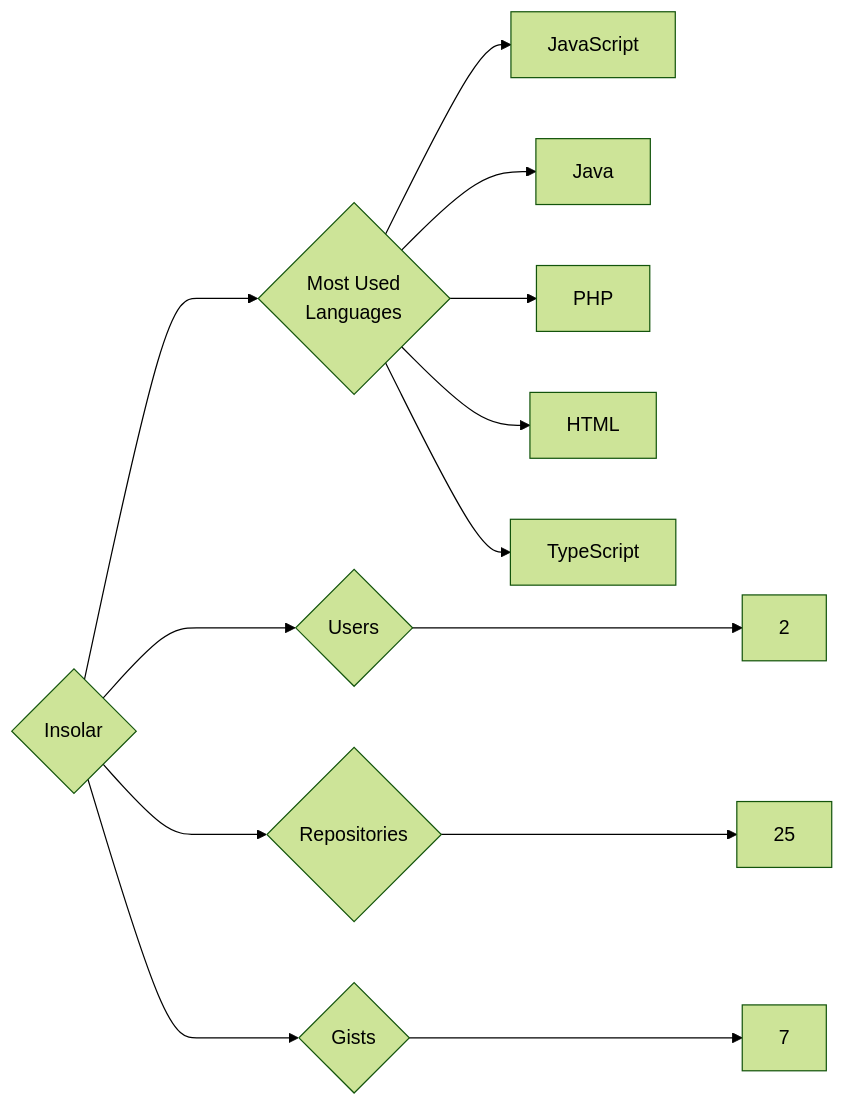
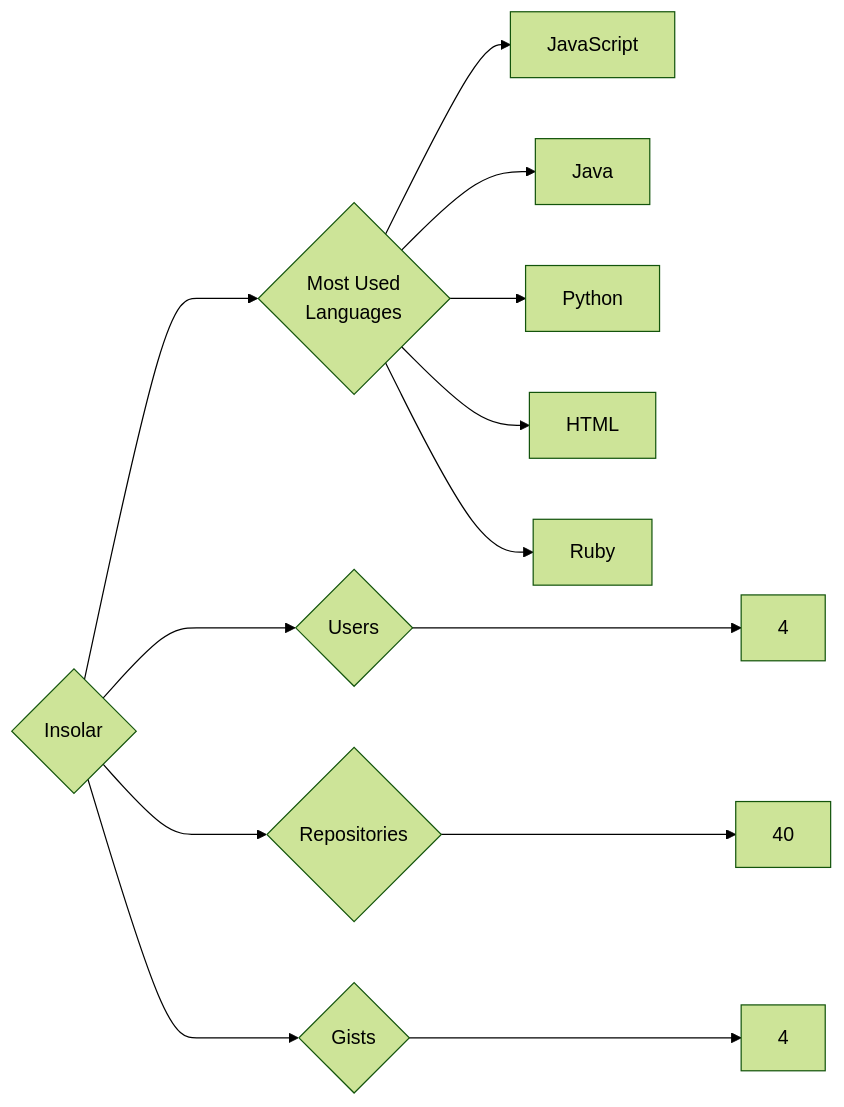
One commit to trickest/insiders changed the diagram in targets/Insolar/README.md. Above: the diagram before and after it, drawn with Mermaid (forest theme). The commit also changed 736 other files, not shown here.

````diff
--- a/targets/Insolar/README.md
+++ b/targets/Insolar/README.md
@@ -3,13 +3,13 @@
 ```mermaid
 graph LR
 COMPANY_NAME{Insolar}
-COMPANY_NAME ---> U{Users} ---> UN[2]
-COMPANY_NAME ---> R{Repositories} ---> RN[25]
-COMPANY_NAME ---> G{Gists} ---> GN[7]
+COMPANY_NAME ---> U{Users} ---> UN[4]
+COMPANY_NAME ---> R{Repositories} ---> RN[40]
+COMPANY_NAME ---> G{Gists} ---> GN[4]
 COMPANY_NAME ---> ML{Most Used<br>Languages}
 ML --> JavaScript[JavaScript]
 ML --> Java[Java]
-ML --> PHP[PHP]
+ML --> Python[Python]
 ML --> HTML[HTML]
-ML --> TypeScript[TypeScript]
+ML --> Ruby[Ruby]
 ```
````
